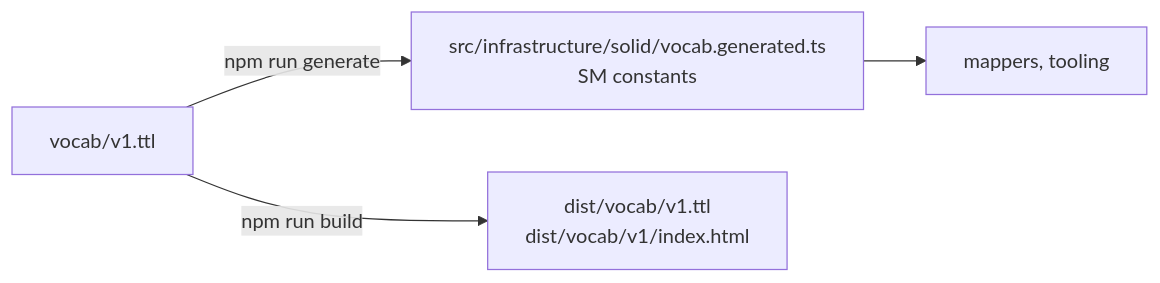
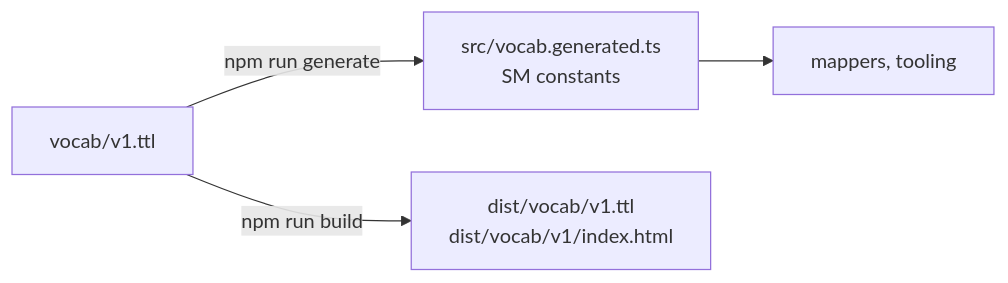
One commit to antwika/solid-memo changed the diagram in docs/vocab.md. Above: the diagram before and after it, drawn with Mermaid. The commit also changed other lines of this file and 631 other files, not shown here.

````diff
--- a/docs/vocab.md
+++ b/docs/vocab.md
@@ -19,6 +19,6 @@
 ```mermaid
 flowchart LR
-    ttl["vocab/v1.ttl"] -->|npm run generate| ts["src/infrastructure/solid/vocab.generated.ts<br/>SM constants"]
+    ttl["vocab/v1.ttl"] -->|npm run generate| ts["src/vocab.generated.ts<br/>SM constants"]
     ttl -->|npm run build| dist["dist/vocab/v1.ttl<br/>dist/vocab/v1/index.html"]
     ts --> app["mappers, tooling"]
 ```
````
